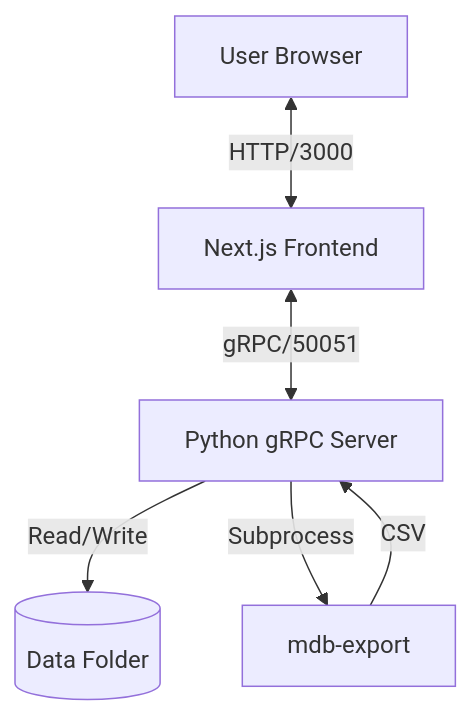
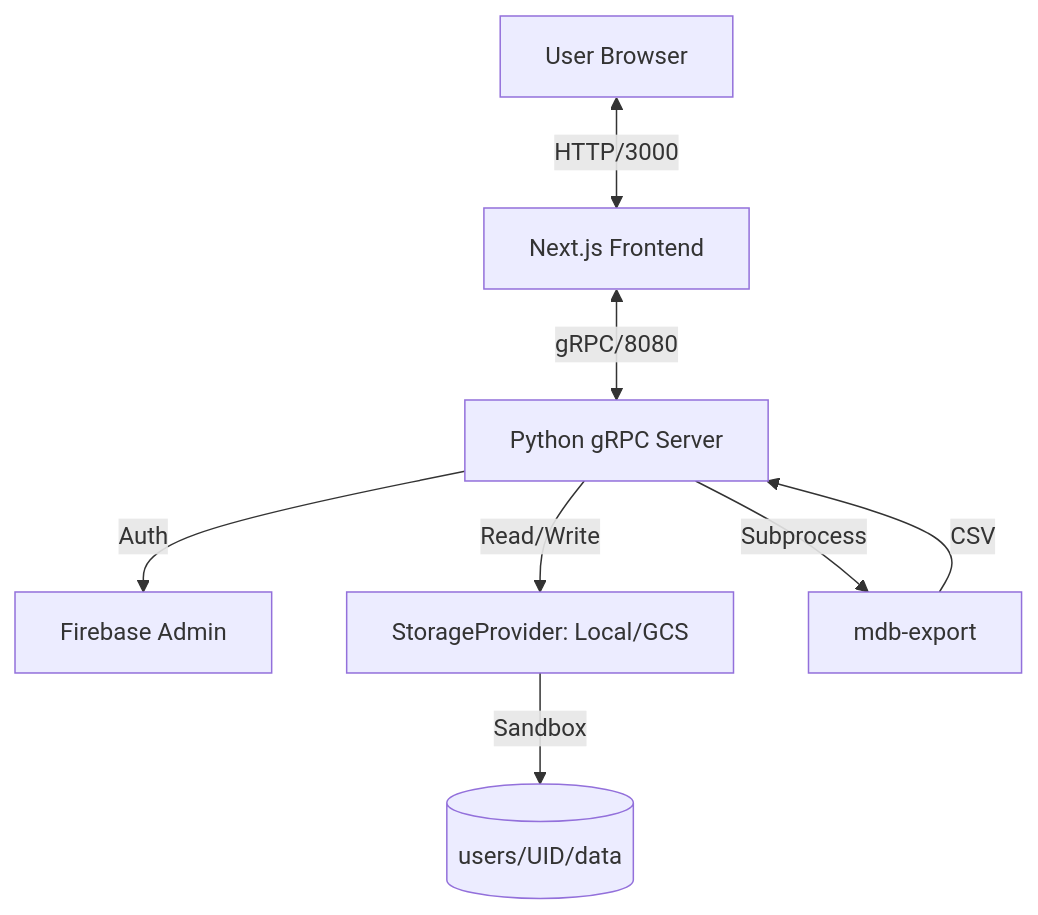
The diagram in ARCHITECTURE.md (pfisherogden/MeetManager-Tools), drawn with Mermaid before and after one commit. The commit also changed other lines of this file and 3 other files, not shown here.

````diff
--- a/ARCHITECTURE.md
+++ b/ARCHITECTURE.md
@@ -37,8 +39,10 @@
 ```mermaid
 graph TD
     User[User Browser] <-->|HTTP/3000| Frontend[Next.js Frontend]
-    Frontend <-->|gRPC/50051| Backend[Python gRPC Server]
-    Backend -->|Read/Write| Storage[(Data Folder)]
+    Frontend <-->|gRPC/8080| Backend[Python gRPC Server]
+    Backend -->|Auth| Firebase[Firebase Admin]
+    Backend -->|Read/Write| Storage[StorageProvider: Local/GCS]
+    Storage -->|Sandbox| Users[(users/UID/data)]
     Backend -->|Subprocess| MdbTools[mdb-export]
     MdbTools -->|CSV| Backend
 ```
````
